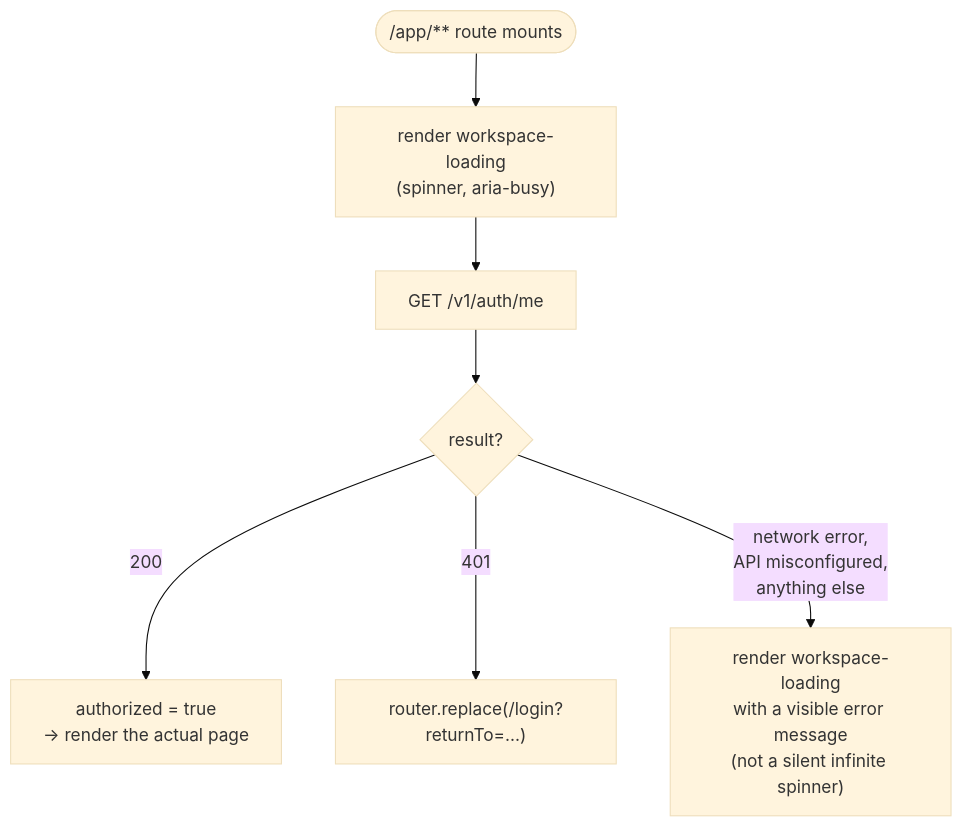
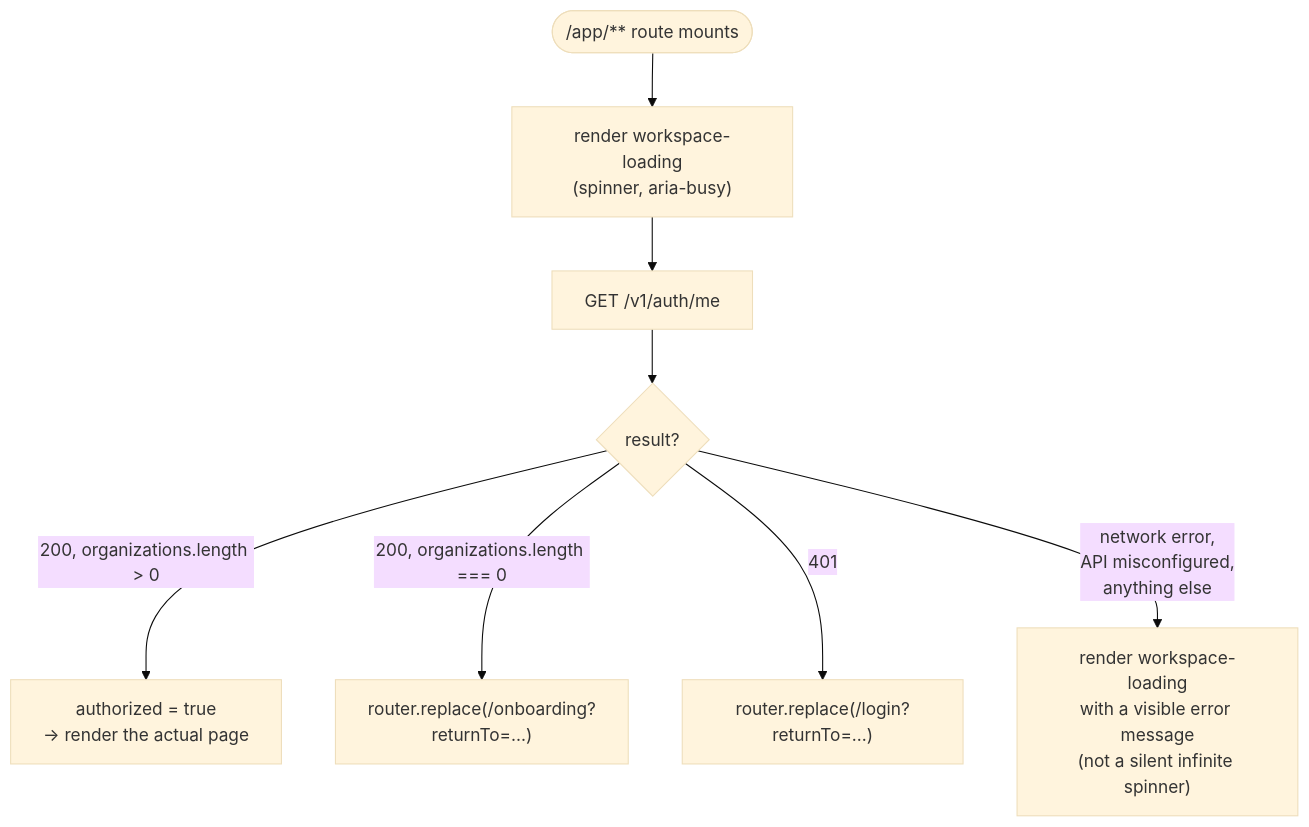
Before and after one commit to hoangsonww/Threadline-RealTime-Collab: the second of 5 diagrams in docs/frontend.md, drawn with Mermaid (base theme). The commit also changed other lines of this file and 6 other files, not shown here.

````diff
--- a/docs/frontend.md
+++ b/docs/frontend.md
@@ -82,9 +82,10 @@
 ```mermaid
 flowchart TD
     Mount(["/app/** route mounts"]) --> Loading["render workspace-loading<br/>(spinner, aria-busy)"]
     Loading --> Fetch["GET /v1/auth/me"]
     Fetch --> Result{"result?"}
-    Result -- "200" --> Authorized["authorized = true<br/>→ render the actual page"]
+    Result -- "200, organizations.length > 0" --> Authorized["authorized = true<br/>→ render the actual page"]
+    Result -- "200, organizations.length === 0" --> Onboard["router.replace(/onboarding?returnTo=...)"]
     Result -- "401" --> Redirect["router.replace(/login?returnTo=...)"]
     Result -- "network error,<br/>API misconfigured,<br/>anything else" --> ErrorState["render workspace-loading<br/>with a visible error message<br/>(not a silent infinite spinner)"]
 ```
````
